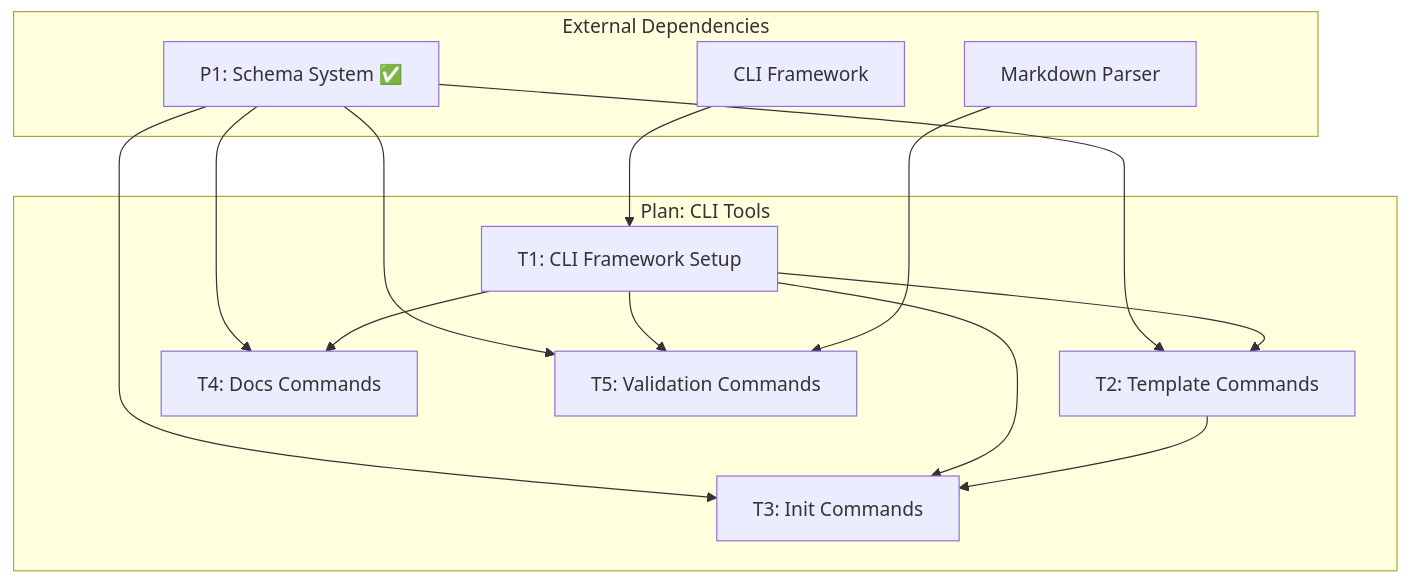
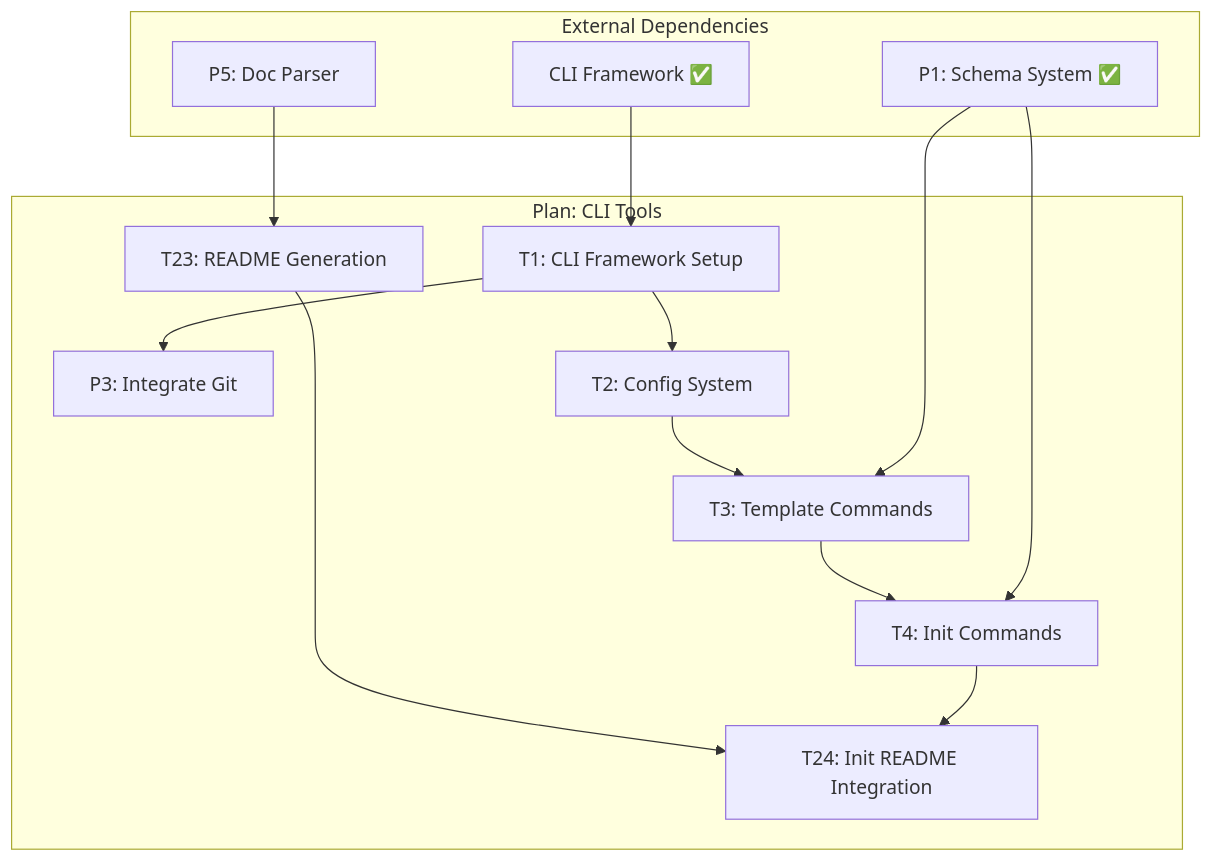
Before and after one commit to livelifelively/documentation-driven-development-tools: the fifth of 10 diagrams in docs/requirements/p1.p2-cli-tools.plan.md, drawn with Mermaid. The commit also changed other lines of this file and 5 other files, not shown here.

````diff
--- a/docs/requirements/p1.p2-cli-tools.plan.md
+++ b/docs/requirements/p1.p2-cli-tools.plan.md
@@ -202,31 +239,32 @@
 ```mermaid
 graph TD
     subgraph "Plan: CLI Tools"
+        P3["P3: Integrate Git"]
         T1["T1: CLI Framework Setup"]
-        T2["T2: Template Commands"]
-        T3["T3: Init Commands"]
-        T4["T4: Docs Commands"]
-        T5["T5: Validation Commands"]
+        T2["T2: Config System"]
+        T3["T3: Template Commands"]
+        T4["T4: Init Commands"]
+        T23["T23: README Generation"]
+        T24["T24: Init README Integration"]
     end
 
     subgraph "External Dependencies"
         P1["P1: Schema System ✅"]
-        CLI_LIB["CLI Framework"]
-        MD_PARSER["Markdown Parser"]
+        P5["P5: Doc Parser"]
+        CLI_LIB["CLI Framework ✅"]
     end
 
-    P1 --> T2
     P1 --> T3
     P1 --> T4
-    P1 --> T5
 
+    T1 --> P3
     T1 --> T2
-    T1 --> T3
-    T1 --> T4
-    T1 --> T5
+    T2 --> T3
+    T3 --> T4
 
     CLI_LIB --> T1
-    MD_PARSER --> T5
 
-    T2 --> T3
+    P5 --> T23
+    T4 --> T24
+    T23 --> T24
 ```
````
